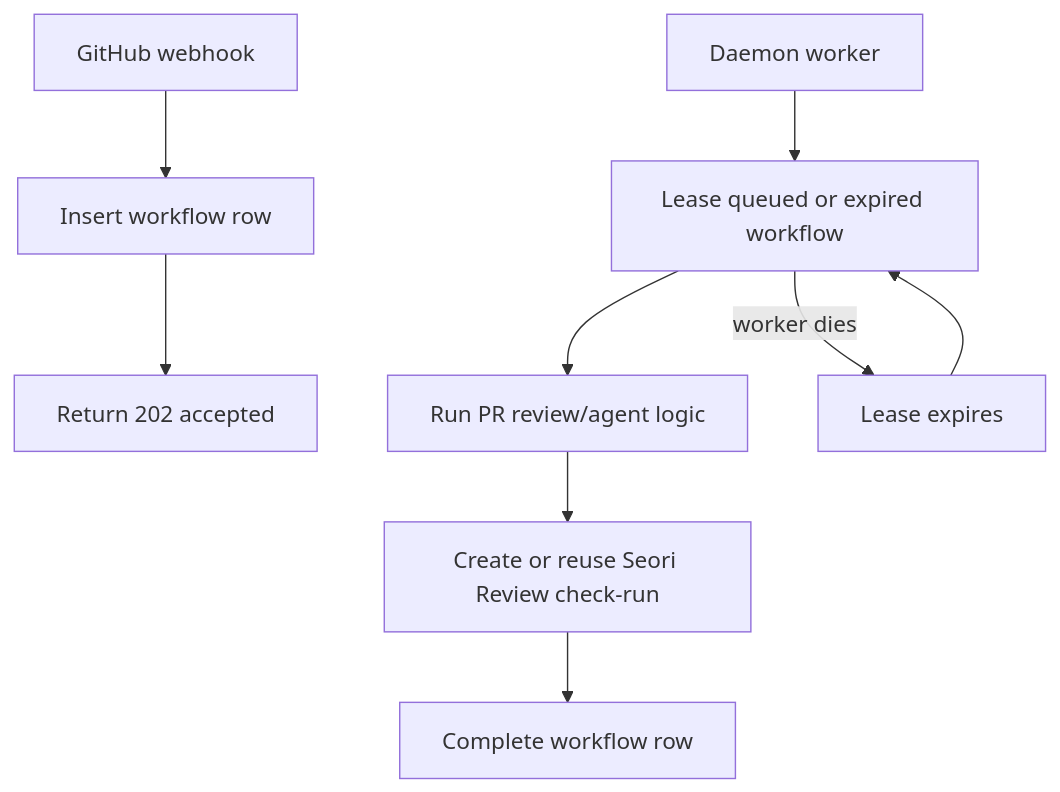
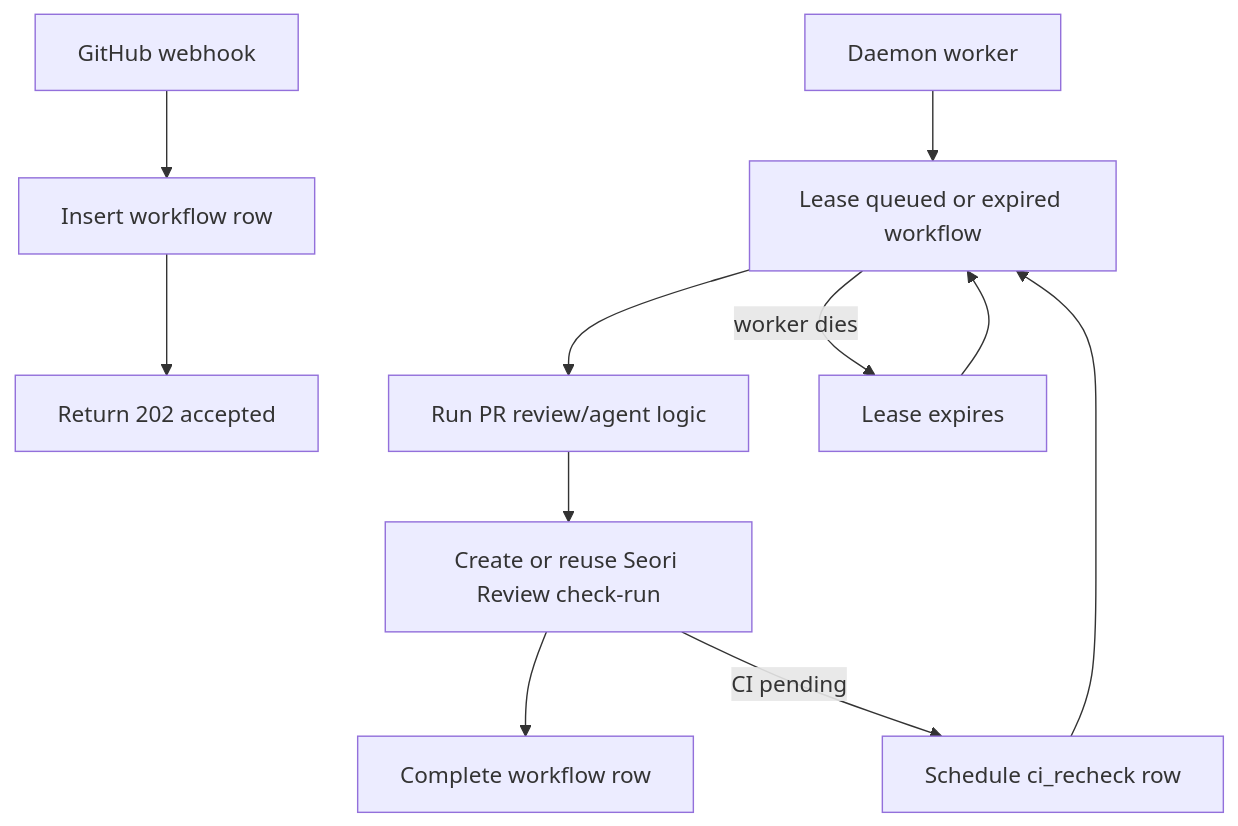
Before and after one commit to seorilabs/gemini-pr-bot: the fourth of 4 diagrams in README.md, drawn with Mermaid. The commit also changed other lines of this file and 6 other files, not shown here.

````diff
--- a/README.md
+++ b/README.md
@@ -112,11 +113,13 @@
 ```mermaid
 flowchart TD
   Webhook["GitHub webhook"] --> Enqueue["Insert workflow row"]
   Enqueue --> Ack["Return 202 accepted"]
   Worker["Daemon worker"] --> Lease["Lease queued or expired workflow"]
   Lease --> Bot["Run PR review/agent logic"]
   Bot --> Check["Create or reuse Seori Review check-run"]
   Check --> Done["Complete workflow row"]
+  Check -->|CI pending| Recheck["Schedule ci_recheck row"]
+  Recheck --> Lease
   Lease -->|worker dies| Expire["Lease expires"]
   Expire --> Lease
 ```
````
